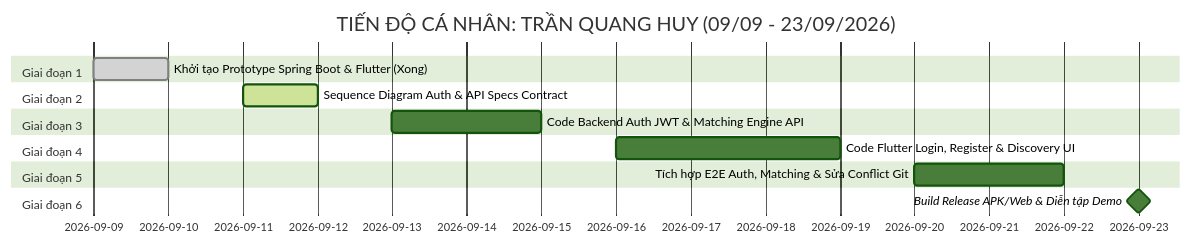
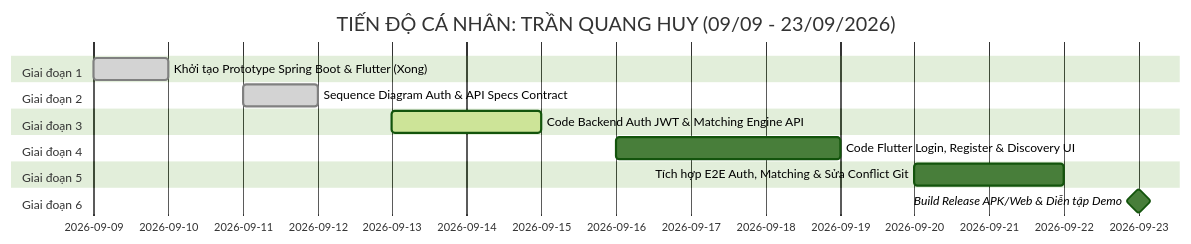
Before and after one commit to PHamHuy-23/Roomate-and-matching-app: the diagram in TASKS_QUANG_HUY.md, drawn with Mermaid (forest theme). The commit also changed other lines of this file, not shown here.

````diff
--- a/TASKS_QUANG_HUY.md
+++ b/TASKS_QUANG_HUY.md
@@ -26,17 +26,17 @@
 ```mermaid
 gantt
     title TIẾN ĐỘ CÁ NHÂN: TRẦN QUANG HUY (09/09 - 23/09/2026)
     dateFormat  YYYY-MM-DD
     section Giai đoạn 1
     Khởi tạo Prototype Spring Boot & Flutter (Xong):done, qh1, 2026-09-09, 2026-09-10
     section Giai đoạn 2
-    Sequence Diagram Auth & API Specs Contract :active, qh2, 2026-09-11, 2026-09-12
+    Sequence Diagram Auth & API Specs Contract :done, qh2, 2026-09-11, 2026-09-12
     section Giai đoạn 3
-    Code Backend Auth JWT & Matching Engine API:qh3, 2026-09-13, 2026-09-15
+    Code Backend Auth JWT & Matching Engine API:active, qh3, 2026-09-13, 2026-09-15
     section Giai đoạn 4
     Code Flutter Login, Register & Discovery UI:qh4, 2026-09-16, 2026-09-19
     section Giai đoạn 5
     Tích hợp E2E Auth, Matching & Sửa Conflict Git:qh5, 2026-09-20, 2026-09-22
     section Giai đoạn 6
     Build Release APK/Web & Diễn tập Demo     :milestone, qh6, 2026-09-23, 2026-09-23
 ```
````
